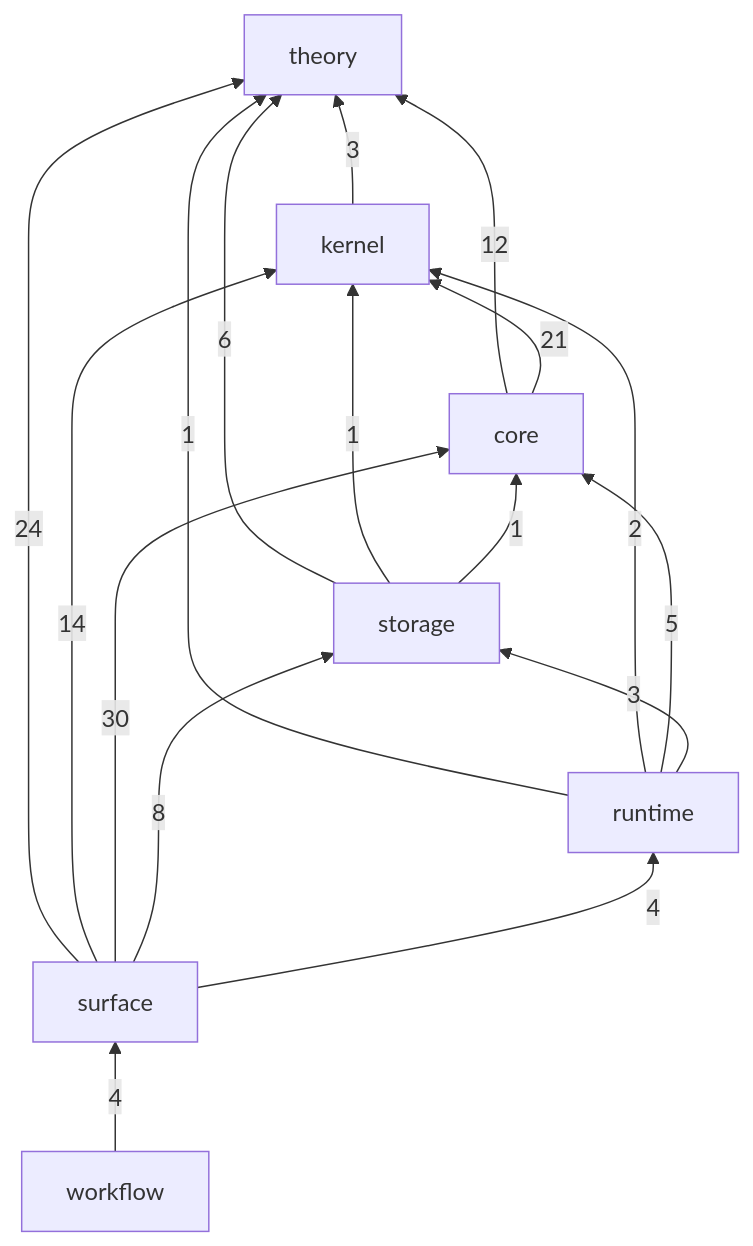
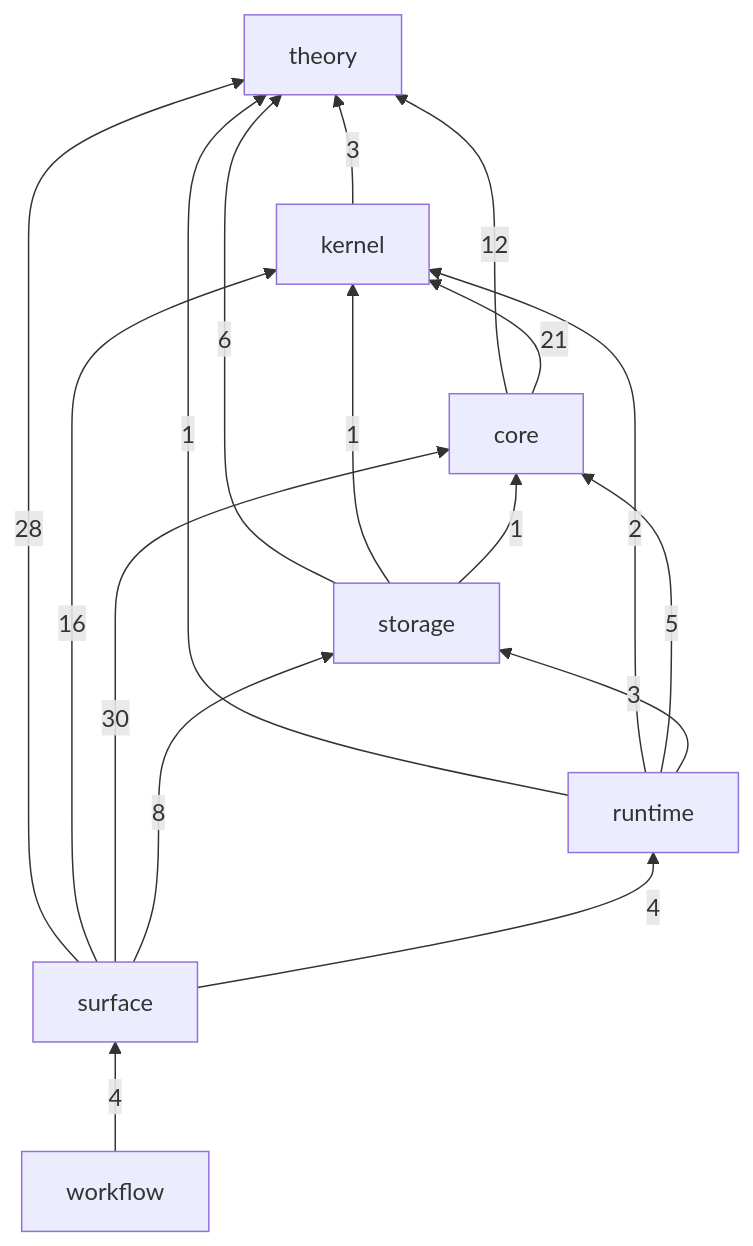
Before and after one commit to gandr-lang/gandr: the diagram in ledger/README.md, drawn with Mermaid. The commit also changed 9 other files, not shown here.

````diff
--- a/ledger/README.md
+++ b/ledger/README.md
@@ -28,26 +28,26 @@
 ```mermaid
 flowchart BT
   theory
   kernel
   core
   storage
   runtime
   surface
   workflow
   kernel -->|3| theory
   core -->|12| theory
   core -->|21| kernel
   storage -->|6| theory
   storage -->|1| kernel
   storage -->|1| core
   runtime -->|1| theory
   runtime -->|2| kernel
   runtime -->|5| core
   runtime -->|3| storage
-  surface -->|24| theory
-  surface -->|14| kernel
+  surface -->|28| theory
+  surface -->|16| kernel
   surface -->|30| core
   surface -->|8| storage
   surface -->|4| runtime
   workflow -->|4| surface
 ```
````
